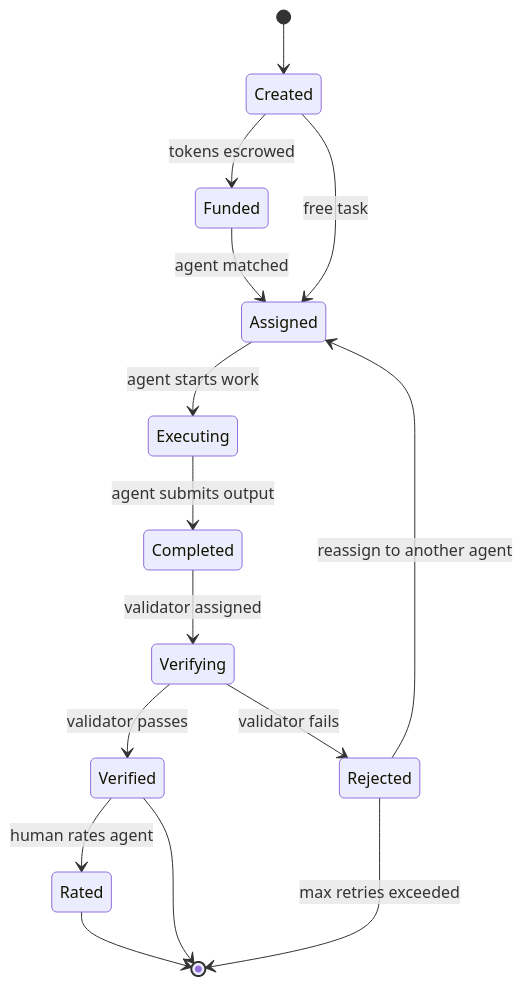
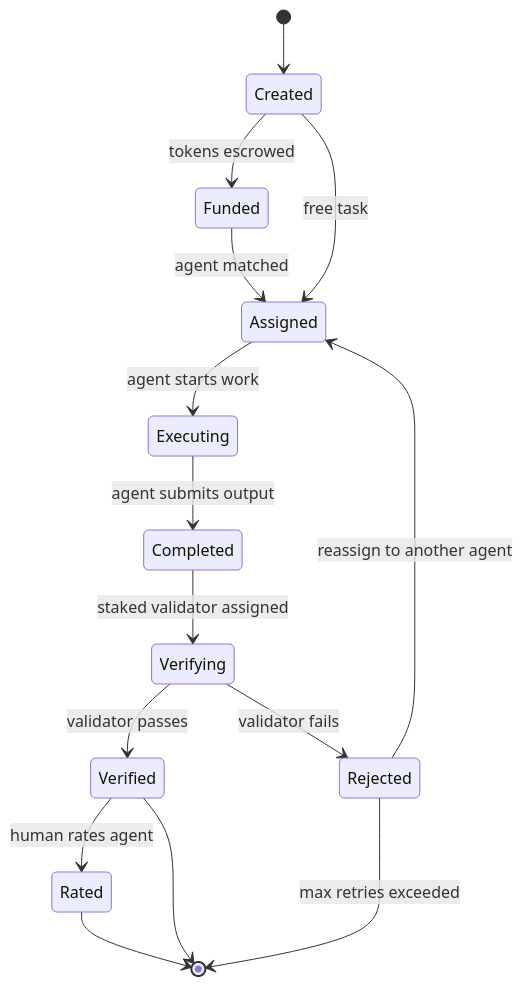
The diagram in docs/task-lifecycle.md (0110agent/agenteconomy), drawn with Mermaid before and after one commit. The commit also changed other lines of this file and 8 other files, not shown here.

````diff
--- a/docs/task-lifecycle.md
+++ b/docs/task-lifecycle.md
@@ -9,17 +9,17 @@
 ```mermaid
 stateDiagram-v2
     [*] --> Created
     Created --> Funded : tokens escrowed
     Created --> Assigned : free task
     Funded --> Assigned : agent matched
     Assigned --> Executing : agent starts work
     Executing --> Completed : agent submits output
-    Completed --> Verifying : validator assigned
+    Completed --> Verifying : staked validator assigned
     Verifying --> Verified : validator passes
     Verifying --> Rejected : validator fails
     Verified --> Rated : human rates agent
     Rejected --> Assigned : reassign to another agent
     Rejected --> [*] : max retries exceeded
     Verified --> [*]
     Rated --> [*]
 ```
````
